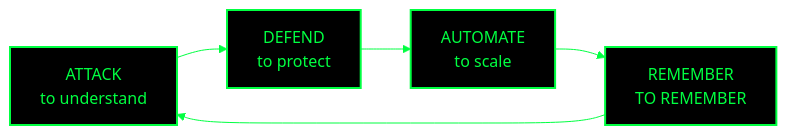
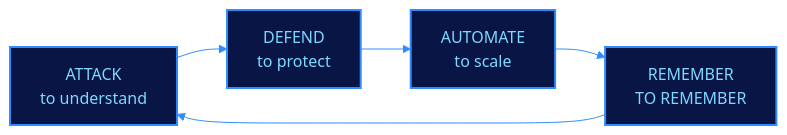
One commit to karabo17-x/karabo17-x changed the first of 5 diagrams in README.md. Above: the diagram before and after it, drawn with Mermaid. The commit also changed other lines of this file, not shown here.

````diff
--- a/README.md
+++ b/README.md
@@ -30,11 +29,11 @@
 ```mermaid
-%%{init: {'theme':'base','themeVariables':{'background':'#000000','primaryColor':'#000000','primaryTextColor':'#00ff41','primaryBorderColor':'#00ff41','lineColor':'#00ff41','secondaryColor':'#000000','tertiaryColor':'#000000','fontFamily':'Courier New, monospace'}}}%%
+%%{init: {'theme':'base','themeVariables':{'background':'#000000','primaryColor':'#081545','primaryTextColor':'#7fd8ff','primaryBorderColor':'#2f8bff','lineColor':'#2f8bff','secondaryColor':'#000000','tertiaryColor':'#000000','fontFamily':'Courier New, monospace'}}}%%
 flowchart LR
     A["ATTACK<br/>to understand"] --> B["DEFEND<br/>to protect"]
     B --> C["AUTOMATE<br/>to scale"]
     C --> D["REMEMBER<br/>TO REMEMBER"]
     D --> A
 
-    classDef node fill:#000,stroke:#00ff41,stroke-width:2px,color:#00ff41;
+    classDef node fill:#081545,stroke:#2f8bff,stroke-width:2px,color:#7fd8ff;
     class A,B,C,D node;
 ```
````
